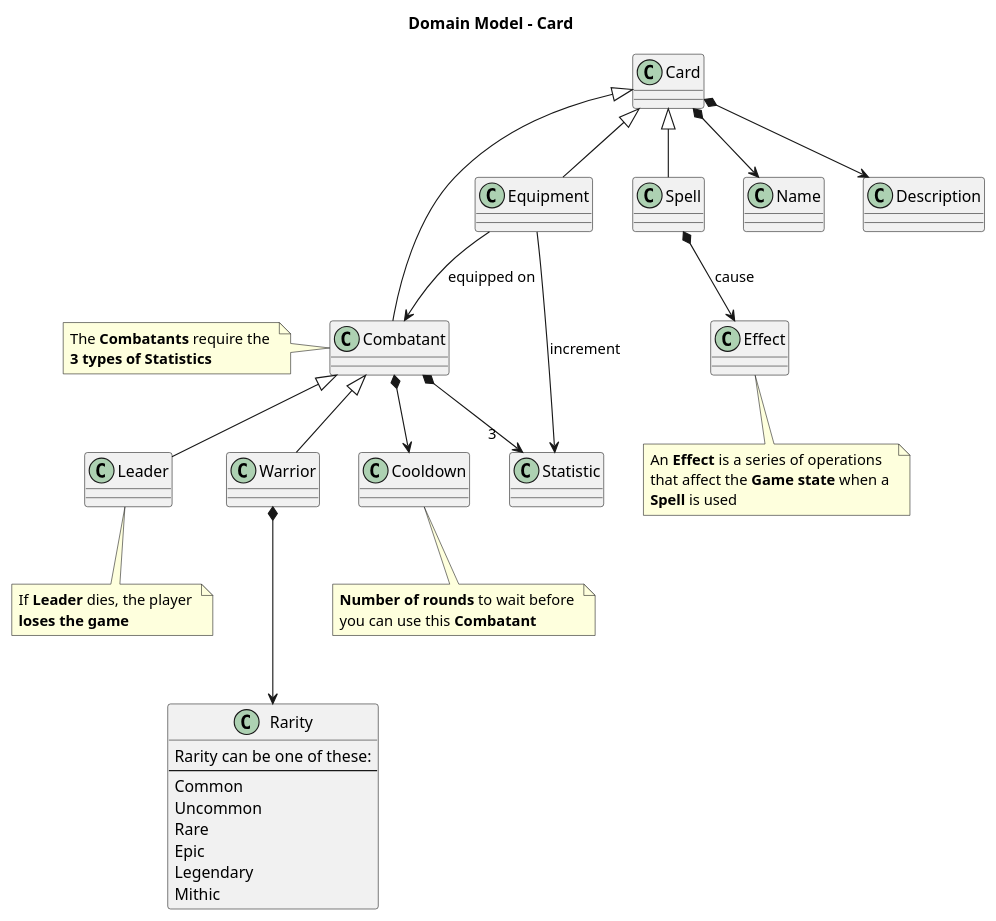
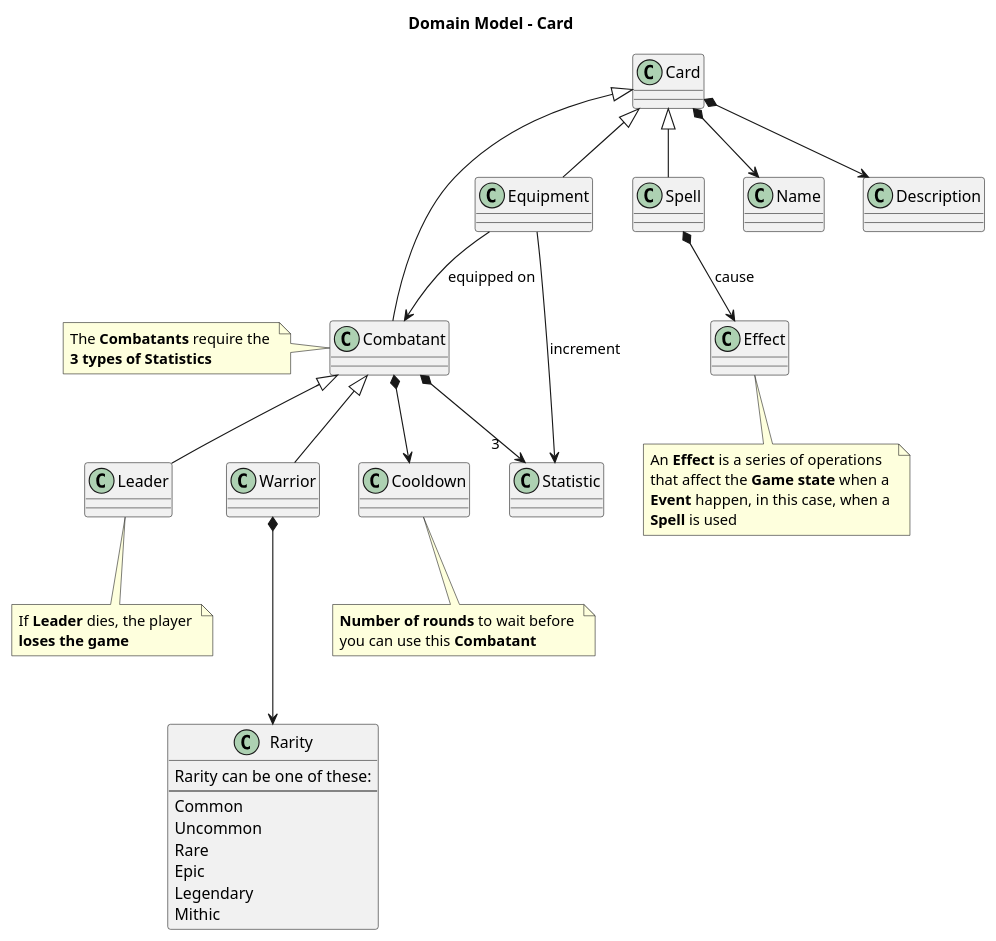
One commit to DainWs/Crazy-Random-Multiverse changed the diagram in docs/development/backend/diagrams/domain_model-card.plantuml. Above: the diagram before and after it, drawn with PlantUML. The commit also changed 30 other files, not shown here.

```diff
--- a/docs/development/backend/diagrams/domain_model-card.plantuml
+++ b/docs/development/backend/diagrams/domain_model-card.plantuml
@@ -1,61 +1,62 @@
 @startuml 
 title "Domain Model - Card"
 
 class Card {}
 class Spell {}
 class Equipment {}
 class Combatant {}
 class Leader {}
 class Warrior {}
 class Rarity {
  Rarity can be one of these:
 ---
  Common
  Uncommon
  Rare
  Epic
  Legendary
  Mithic
 }
 
 Card *--> Name
 Card *--> Description
 
 Card <|-- Spell
 Card <|-- Equipment 
 Card <|-- Combatant 
 
 Spell *--> Effect : cause
 
 Equipment --> Combatant : equipped on
 Equipment --> Statistic : increment
 
 Combatant <|-- Leader
 Combatant <|-- Warrior
 Combatant *--> "3    " Statistic
 Combatant *--> Cooldown
 
 Warrior *---> Rarity
 
 note bottom of Effect
 	An **Effect** is a series of operations 
 	that affect the **Game state** when a 
+	**Event** happen, in this case, when a
 	**Spell** is used
 end note
 
 note left of Combatant
 	The **Combatants** require the 
 	**3 types of Statistics**
 end note
 
 note bottom of Leader
 	If **Leader** dies, the player 
 	**loses the game**
 end note
 
 note bottom of Cooldown
 	**Number of rounds** to wait before 
 	you can use this **Combatant**
 end note
 
 @enduml
```
